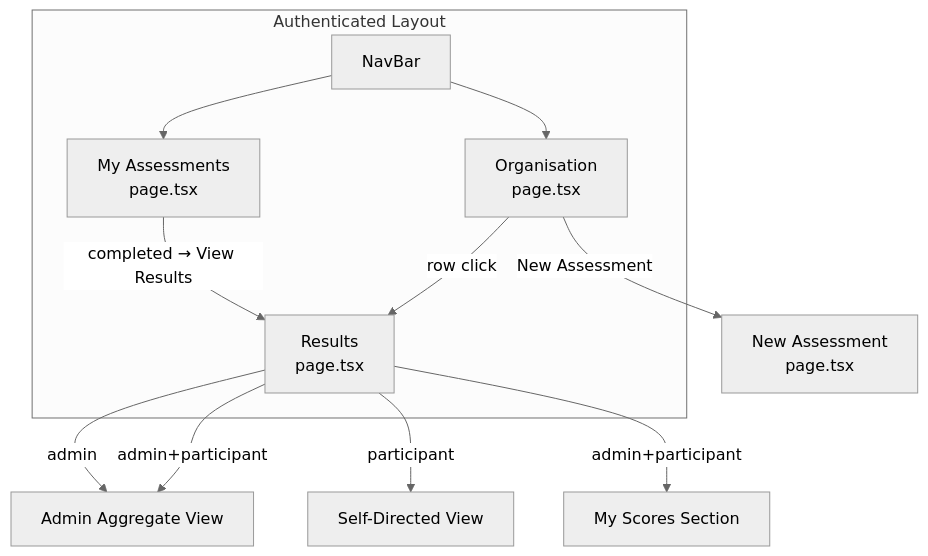
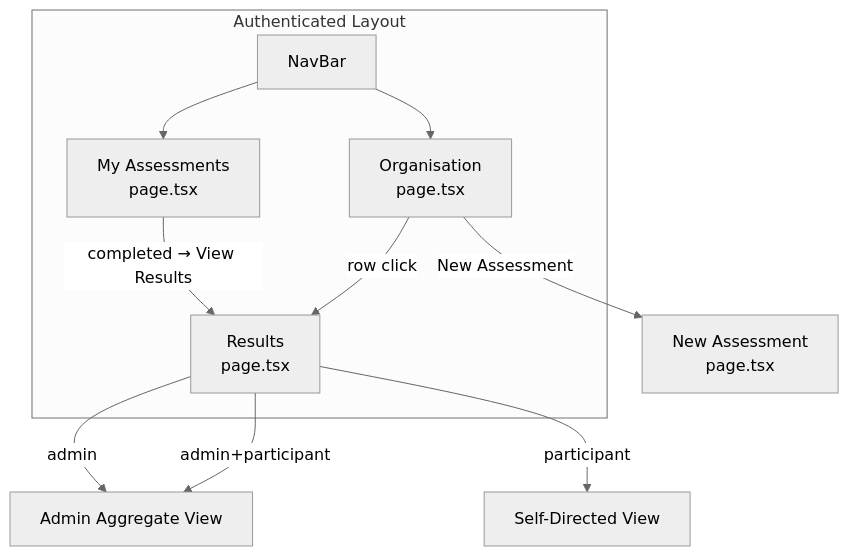
The third of 3 diagrams in docs/design/lld-nav-results.md (mironyx/feature-comprehension-score), drawn with Mermaid (neutral theme) before and after one commit. The commit also changed other lines of this file and 7 other files, not shown here.

````diff
--- a/docs/design/lld-nav-results.md
+++ b/docs/design/lld-nav-results.md
@@ -77,21 +77,20 @@
 ```mermaid
 graph TD
     subgraph "Authenticated Layout"
         NB[NavBar]
         MA["My Assessments<br/>page.tsx"]
         ORG["Organisation<br/>page.tsx"]
         RES["Results<br/>page.tsx"]
     end
 
     NB --> MA
     NB --> ORG
 
     MA -->|"completed → View Results"| RES
     ORG -->|"row click"| RES
     ORG -->|"New Assessment"| NA["New Assessment<br/>page.tsx"]
 
     RES -->|"admin"| AV[Admin Aggregate View]
     RES -->|"participant"| SV[Self-Directed View]
     RES -->|"admin+participant"| AV
-    RES -->|"admin+participant"| MS[My Scores Section]
 ```
````
